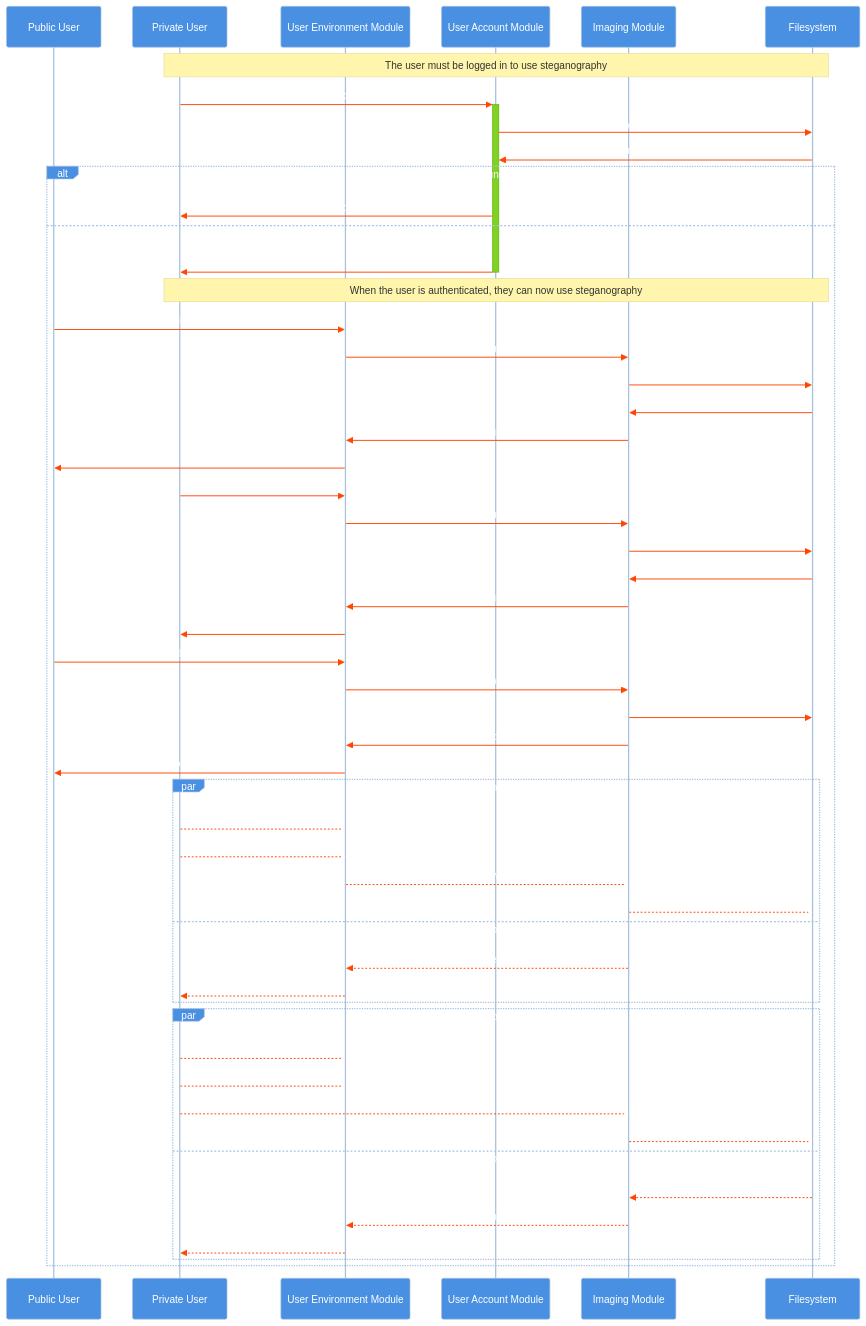
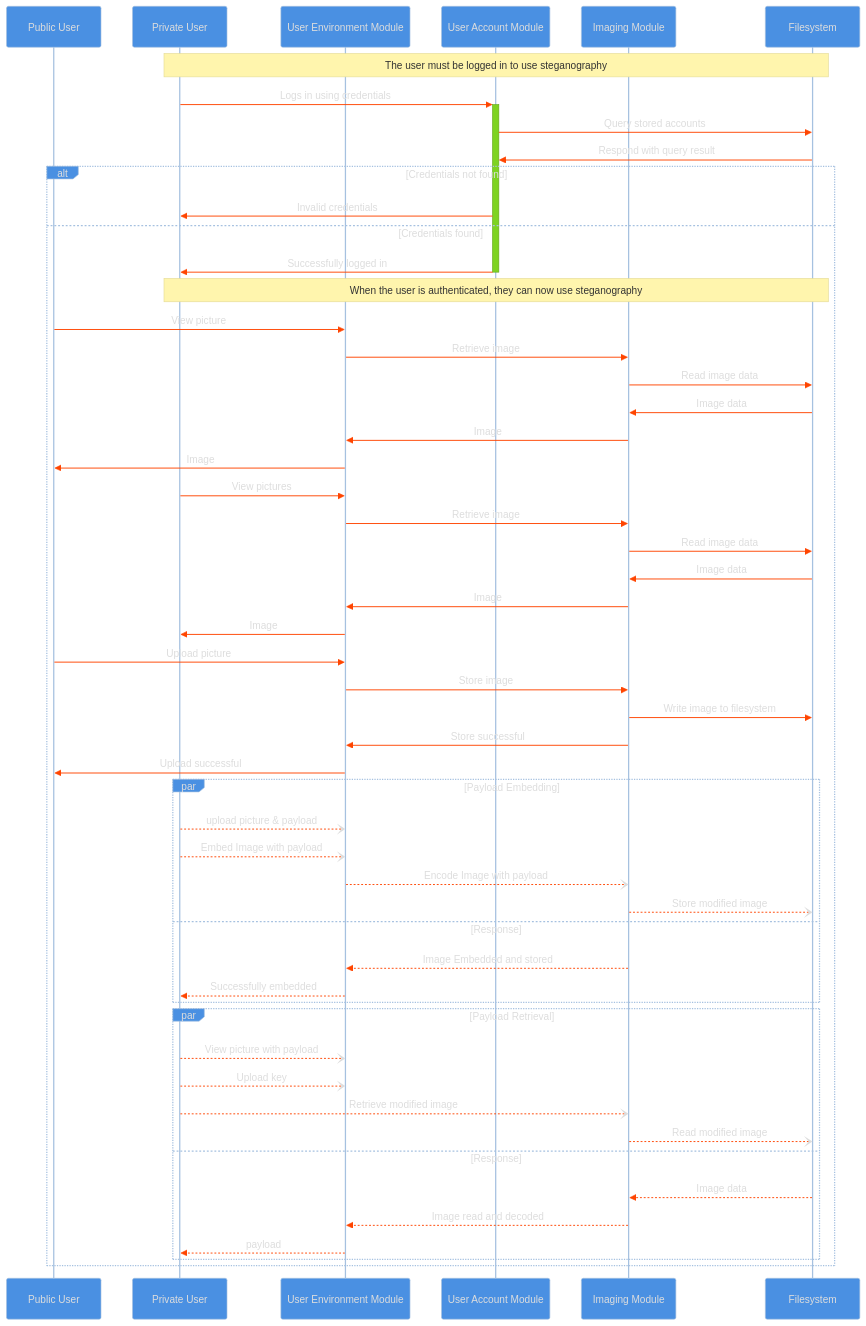
The first of 4 diagrams in documentation/design.md (csci265-team/HiddenFrame), drawn with Mermaid before and after one commit. The commit also changed other lines of this file and 3 other files, not shown here.

```diff
--- a/documentation/design.md
+++ b/documentation/design.md
@@ -60,77 +60,77 @@
 ~~~mermaid
 ---
 Title: Design Overview
 ---
 
 %%{
   init: {
     'theme': 'base',
     'themeVariables': {
       'primaryColor': '#4A90E2',
-      'primaryTextColor': '#FFFFFF',
+      'primaryTextColor': '#ddd',
       'primaryBorderColor': '#A6C1E0',
       'signalColor' : '#FF4500',
       'actorlineColor': '#FFA500',
       'secondaryColor': '#7ED321',
       'tertiaryColor': '#F5F7FA'
     }
   }
 }%%
 
 sequenceDiagram
     participant public as Public User
     participant private as Private User
     participant main as User Environment Module
     participant account as User Account Module
     participant image as Imaging Module
     participant db as Filesystem
 
     Note over private,db: The user must be logged in to use steganography
     private->>+account: Logs in using credentials
     account->>db: Query stored accounts
     db->>account: Respond with query result
 
     alt Credentials not found
         account->>private: Invalid credentials
     else Credentials found
         account->>-private: Successfully logged in
         Note over private,db: When the user is authenticated, they can now use steganography
         public->>main: View picture
         main->>image: Retrieve image
         image->>db: Read image data
         db->>image: Image data
         image->>main: Image
         main->>public: Image
         private->>main: View pictures
         main->>image: Retrieve image
         image->>db: Read image data
         db->>image: Image data
         image->>main: Image
         main->>private: Image
         public->>main: Upload picture
         main->>image: Store image
         image->>db: Write image to filesystem
         image->>main: Store successful
         main->>public: Upload successful
         par Payload Embedding
             private--)main: upload picture & payload
             private--)main: Embed Image with payload
             main--)image: Encode Image with payload
             image--)db: Store modified image
         and Response
             image-->>main: Image Embedded and stored
             main-->>private: Successfully embedded
         end
         par Payload Retrieval
             private--)main: View picture with payload
             private--)main: Upload key
             private--)image: Retrieve modified image
             image--)db: Read modified image
         and Response
             db-->>image: Image data
             image-->>main: Image read and decoded
             main-->>private: payload
         end
     end
 
 ~~~
```
